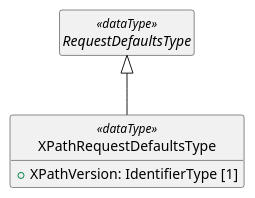
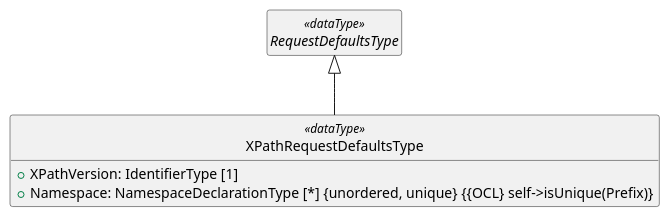
Before and after one commit to oasis-tcs/xacml-spec: the third of 6 diagrams in acal-v1.0-xpath.md, drawn with PlantUML. The commit also changed other lines of this file and 24 other files, not shown here.

````diff
--- a/acal-v1.0-xpath.md
+++ b/acal-v1.0-xpath.md
@@ -389,10 +522,11 @@
 ```plantuml
 @startuml
 hide empty members 
 hide circle
 abstract class RequestDefaultsType <<dataType>>
 class XPathRequestDefaultsType <<dataType>> extends RequestDefaultsType {
-   + XPathVersion: IdentifierType [1]
+  {field} + XPathVersion: IdentifierType [1]
+  {field} + Namespace: NamespaceDeclarationType [*] {unordered, unique} {{OCL} self->isUnique(Prefix)}
 }
 @enduml
 ```
````
